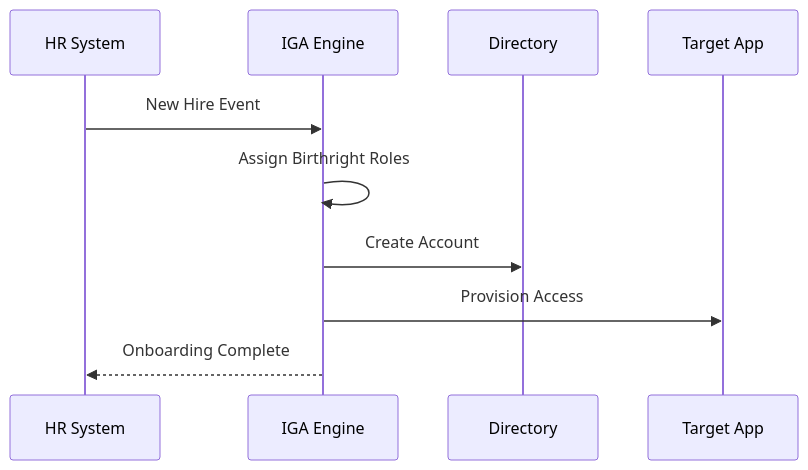
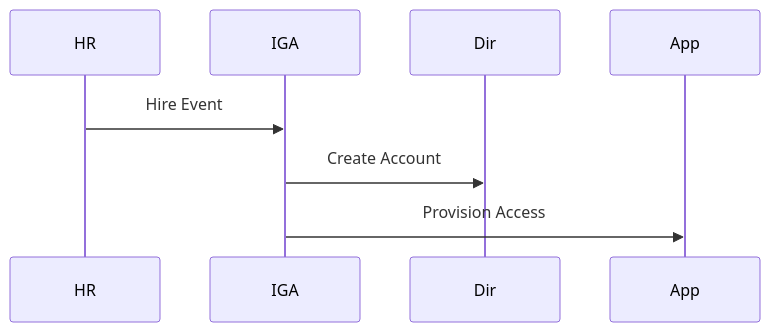
The third of 30 diagrams in README.md (Devopstrio/identity-governance-framework), drawn with Mermaid before and after one commit. The commit also changed other lines of this file, not shown here.

Commit message:
docs: expand README with 30+ architectural diagrams

````diff
--- a/README.md
+++ b/README.md
@@ -104,13 +42,6 @@
 ```mermaid
 sequenceDiagram
-    participant HR as HR System
-    participant IGA as IGA Engine
-    participant Dir as Directory
-    participant App as Target App
-
-    HR->>IGA: New Hire Event
-    IGA->>IGA: Assign Birthright Roles
+    HR->>IGA: Hire Event
     IGA->>Dir: Create Account
     IGA->>App: Provision Access
-    IGA-->>HR: Onboarding Complete
 ```
````
